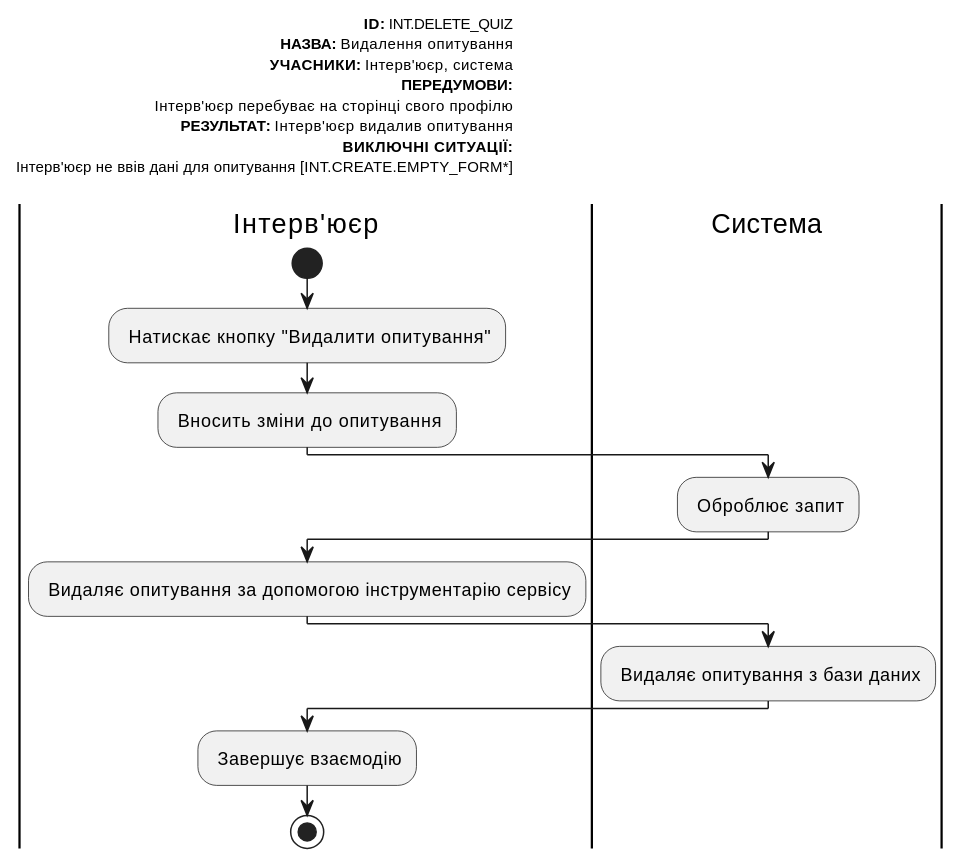
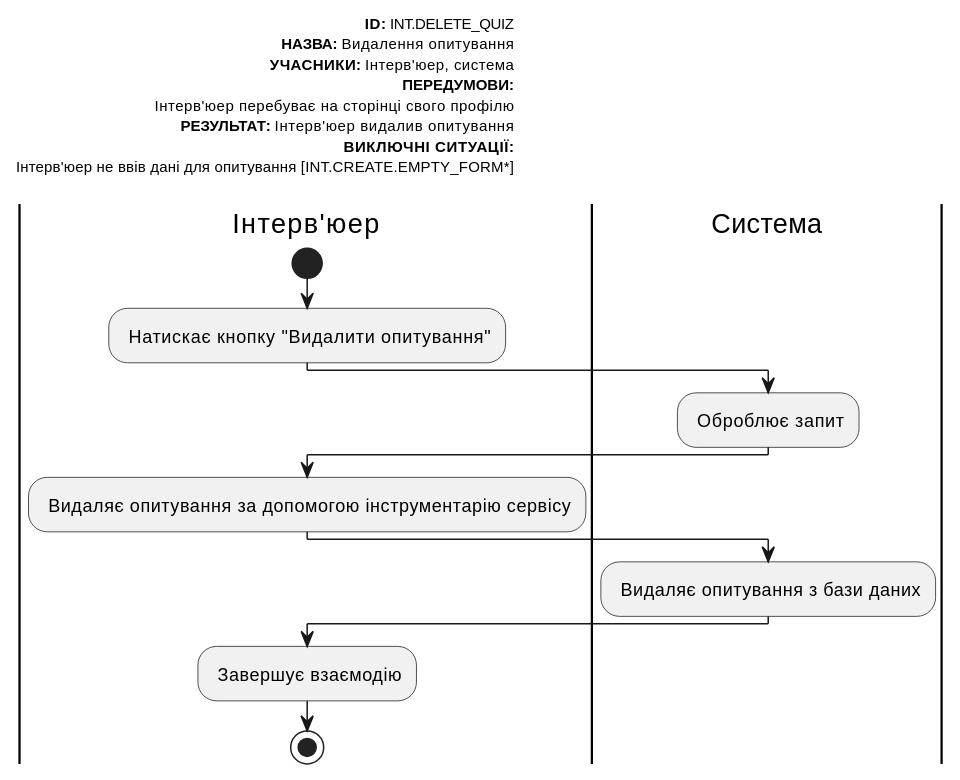
One commit to michigang1/ImForms changed the ninth of 22 diagrams in docs/use cases/README.md. Above: the diagram before and after it, drawn with PlantUML. The commit also changed other lines of this file, not shown here.

```diff
--- a/docs/use cases/README.md
+++ b/docs/use cases/README.md
@@ -266,33 +266,32 @@
 @startuml
 left header
 <font color=000 size=10><b>ID:</b> INT.DELETE_QUIZ
 <font color=000 size=10><b>НАЗВА:</b> Видалення опитування  
-<font color=000 size=10><b>УЧАСНИКИ:</b> Інтерв'юєр, система
+<font color=000 size=10><b>УЧАСНИКИ:</b> Інтерв'юер, система
 <font color=000 size=10><b>ПЕРЕДУМОВИ:</b>
-<font color=000 size=10> Інтерв'юєр перебуває на сторінці свого профілю
-<font color=000 size=10><b>РЕЗУЛЬТАТ:</b> Інтерв'юєр видалив опитування 
+<font color=000 size=10> Інтерв'юер перебуває на сторінці свого профілю
+<font color=000 size=10><b>РЕЗУЛЬТАТ:</b> Інтерв'юер видалив опитування 
 <font color=000 size=10><b>ВИКЛЮЧНІ СИТУАЦІЇ:</b>
-<font color=000 size=10> Інтерв'юєр не ввів дані для опитування [INT.CREATE.EMPTY_FORM*]
+<font color=000 size=10> Інтерв'юер не ввів дані для опитування [INT.CREATE.EMPTY_FORM*]
 
 end header
 
-|Інтерв'юєр|
+|Інтерв'юер|
         start
         : Натискає кнопку "Видалити опитування";
-        : Вносить зміни до опитування;
 
 
 
 |Система|
         : Оброблює запит;
 
-|Інтерв'юєр|
+|Інтерв'юер|
         : Видаляє опитування за допомогою інструментарію сервісу;
 
 |Система|
         : Видаляє опитування з бази даних; 
         
-|Інтерв'юєр|
+|Інтерв'юер|
         : Завершує взаємодію;
         stop;
 @enduml
```
